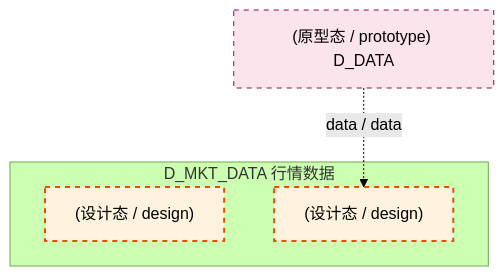
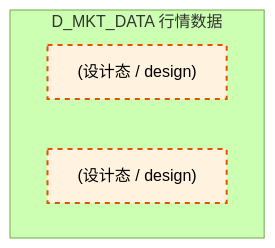
Before and after one commit to xuanFelixVan/ZephyrAlpha: the second of 4 diagrams in docs/02_enterprise_architecture/02_domain_architecture_docs/20_d_mkt_data.md, drawn with Mermaid (forest theme). The commit also changed other lines of this file and 105 other files, not shown here.

````diff
--- a/docs/02_enterprise_architecture/02_domain_architecture_docs/20_d_mkt_data.md
+++ b/docs/02_enterprise_architecture/02_domain_architecture_docs/20_d_mkt_data.md
@@ -107,15 +104,12 @@
 ```mermaid
 graph TD
     subgraph D_MKT_DATA["D_MKT_DATA 行情数据"]
         docs_03_modules_cross_layer_database_sub_blueprints_c1_market_clickhouse_md["(设计态 / design) "]
         docs_03_modules_domain_data_data_source_operation_manual_md["(设计态 / design) "]
     end
-    D_DATA["(原型态 / prototype) D_DATA"]
-    D_DATA -.->|data / data| docs_03_modules_domain_data_data_source_operation_manual_md
     classDef production fill:#e1f5fe,stroke:#01579b,stroke-width:2px,color:#000
     classDef design fill:#fff3e0,stroke:#e65100,stroke-width:2px,color:#000,stroke-dasharray: 5 5
     classDef external_prod fill:#e8f5e9,stroke:#1b5e20,stroke-width:1px,color:#000
     classDef external_design fill:#fce4ec,stroke:#880e4f,stroke-width:1px,color:#000,stroke-dasharray: 5 5
     class docs_03_modules_cross_layer_database_sub_blueprints_c1_market_clickhouse_md,docs_03_modules_domain_data_data_source_operation_manual_md design
-    class D_DATA external_design
 ```
````
